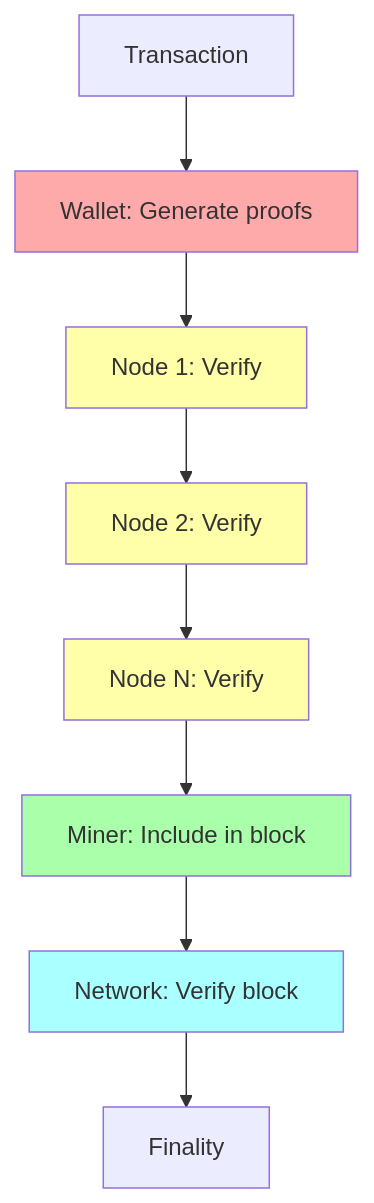
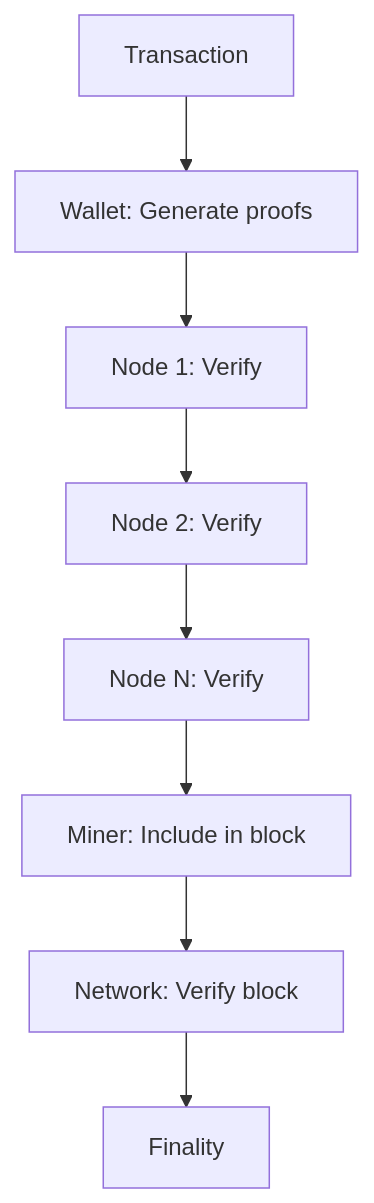
Before and after one commit to DHEBP/dero-docs: the eighth of 8 diagrams in derod-main/pages/integrity/network-consensus-validation.mdx, drawn with Mermaid. The commit also changed other lines of this file, not shown here.

Commit message:
Fix diagram styling in network-consensus-validation
- Remove custom color styling from P2P Architecture diagram
- Remove multi-color styling from Defense in Depth diagram
- Match default mermaid theme used throughout integrity suite

````diff
--- a/derod-main/pages/integrity/network-consensus-validation.mdx
+++ b/derod-main/pages/integrity/network-consensus-validation.mdx
@@ -436,17 +433,10 @@
 ```mermaid
 flowchart TD
     Transaction["Transaction"] --> W["Wallet: Generate proofs"]
     W --> N1["Node 1: Verify"]
     N1 --> N2["Node 2: Verify"]
     N2 --> N3["Node N: Verify"]
     N3 --> M["Miner: Include in block"]
     M --> NET["Network: Verify block"]
     NET --> FINAL["Finality"]
-    
-    style W fill:#faa
-    style N1 fill:#ffa
-    style N2 fill:#ffa
-    style N3 fill:#ffa
-    style M fill:#afa
-    style NET fill:#aff
 ```
````
